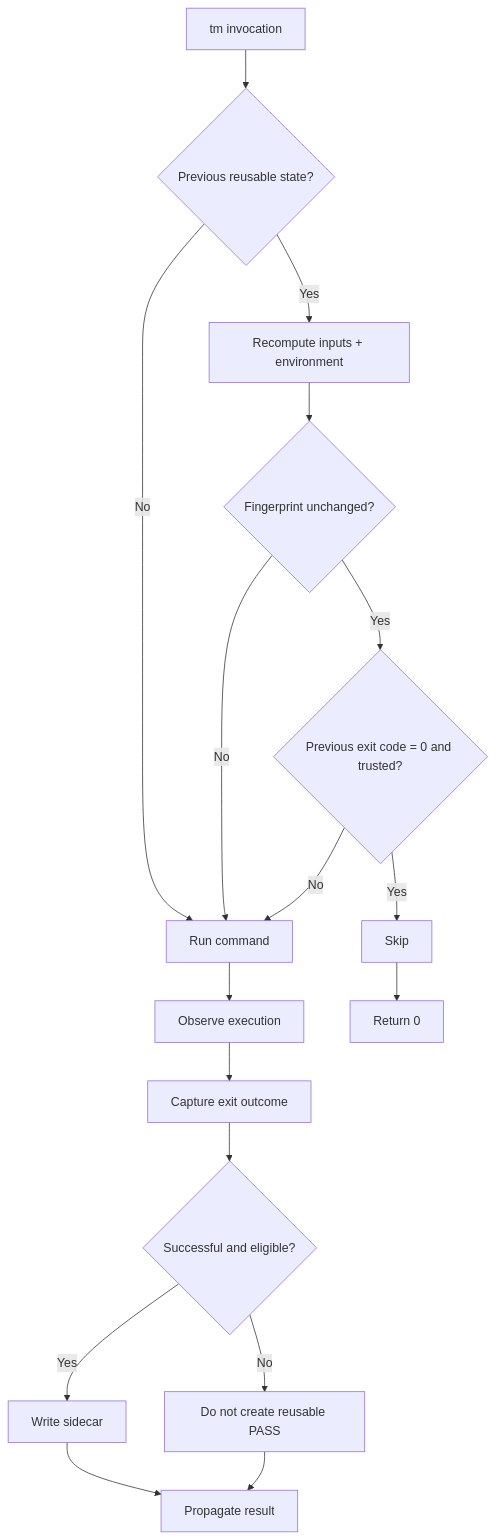
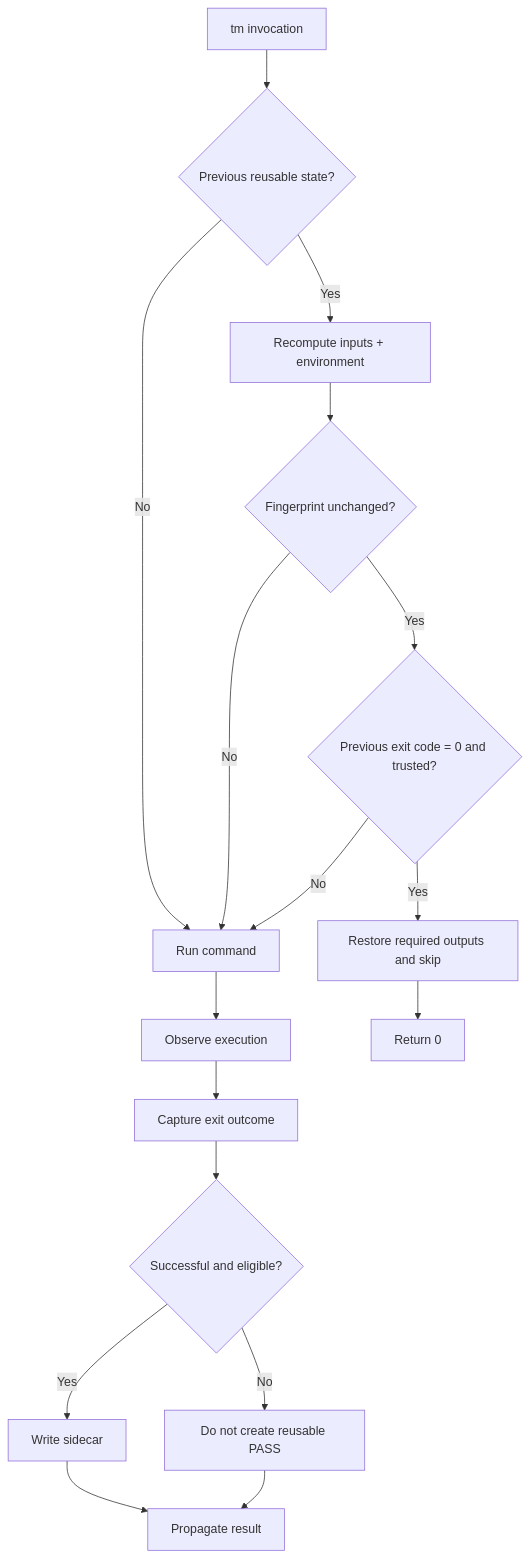
The eighth of 8 diagrams in docs/spec/tm-test-memoization-technical-specification.md (jedediahg/testmiser), drawn with Mermaid before and after one commit. The commit also changed other lines of this file and 1 other file, not shown here.

````diff
--- a/docs/spec/tm-test-memoization-technical-specification.md
+++ b/docs/spec/tm-test-memoization-technical-specification.md
@@ -1626,19 +1474,19 @@
 ```mermaid
 flowchart TD
     A[tm invocation] --> B{Previous reusable state?}
     B -- No --> C[Run command]
     B -- Yes --> D[Recompute inputs + environment]
     D --> E{Fingerprint unchanged?}
     E -- No --> C
     E -- Yes --> F{Previous exit code = 0 and trusted?}
     F -- No --> C
-    F -- Yes --> G[Skip]
+    F -- Yes --> G[Restore required outputs and skip]
     G --> H[Return 0]
     C --> I[Observe execution]
     I --> J[Capture exit outcome]
     J --> K{Successful and eligible?}
     K -- Yes --> L[Write sidecar]
     K -- No --> M[Do not create reusable PASS]
     L --> N[Propagate result]
     M --> N
 ```
````
